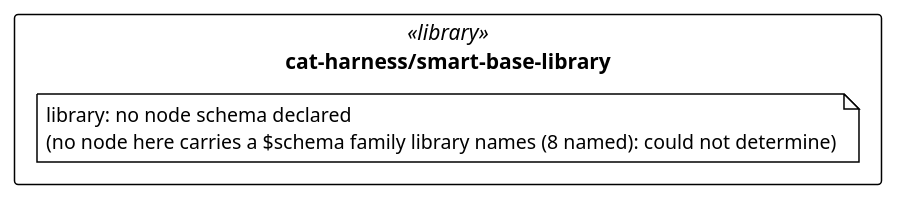
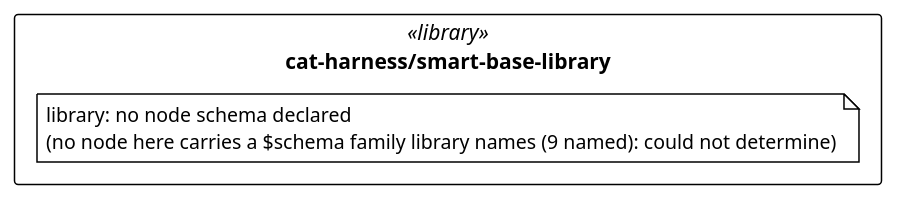
The diagram in cat-harness/uml/overview/cat-harness/smart-base-library.puml (litlfred/folio-assistant), drawn with PlantUML before and after one commit. The commit also changed 44 other files, not shown here.

```diff
--- a/cat-harness/uml/overview/cat-harness/smart-base-library.puml
+++ b/cat-harness/uml/overview/cat-harness/smart-base-library.puml
@@ -3,13 +3,13 @@
 @startuml cat_harness_smart_base_library
 !pragma layout elk
 !theme plain
 skinparam classAttributeIconSize 0
 skinparam shadowing false
 skinparam packageStyle rectangle
 hide empty methods
 
 package "cat-harness/smart-base-library" as pkg_cat_harness_smart_base_library <<library>> {
-  note "library: no node schema declared\n(no node here carries a $schema family library names (8 named): could not determine)" as n_cat_harness_smart_base_library_library
+  note "library: no node schema declared\n(no node here carries a $schema family library names (9 named): could not determine)" as n_cat_harness_smart_base_library_library
 }
 
 @enduml
```
